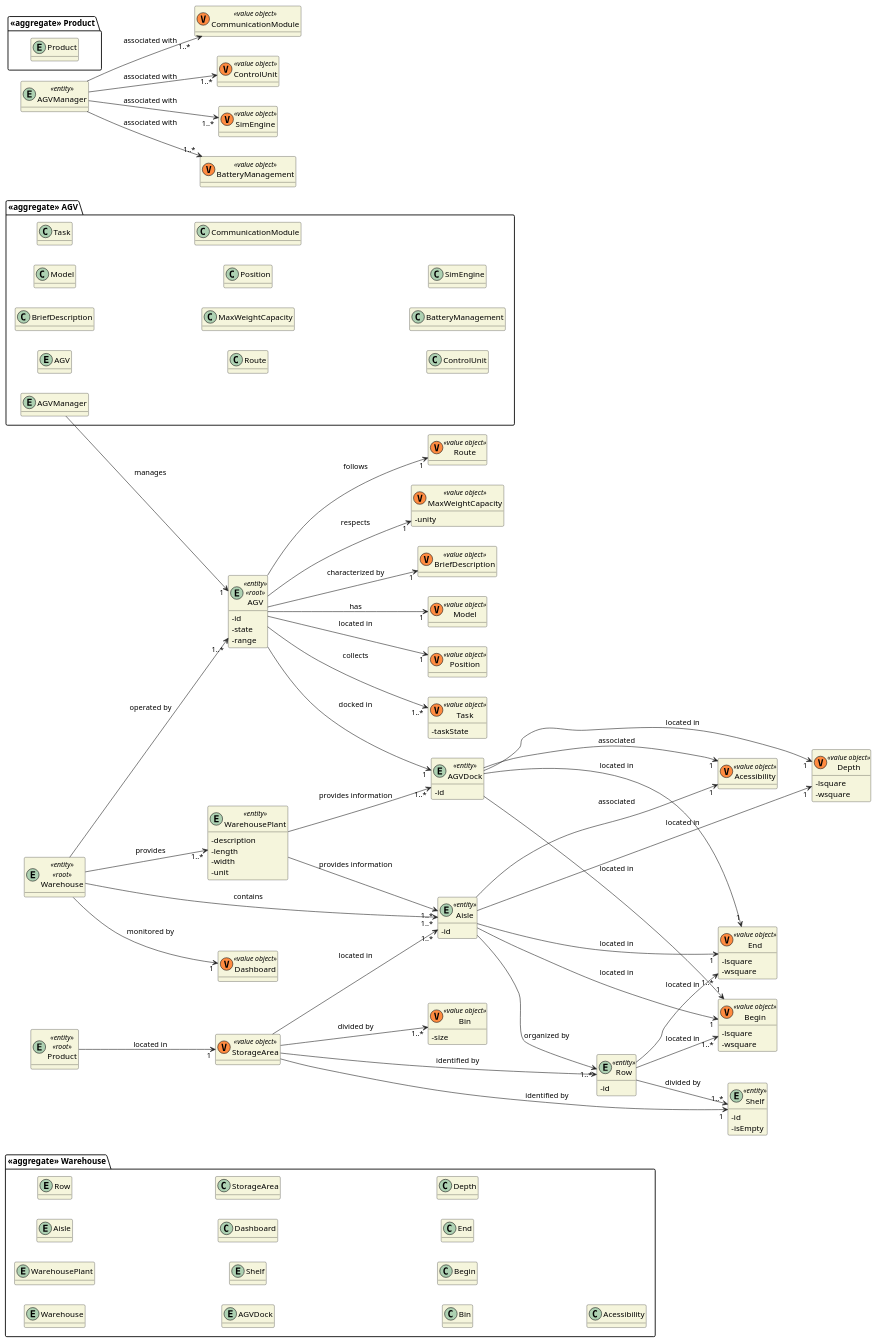
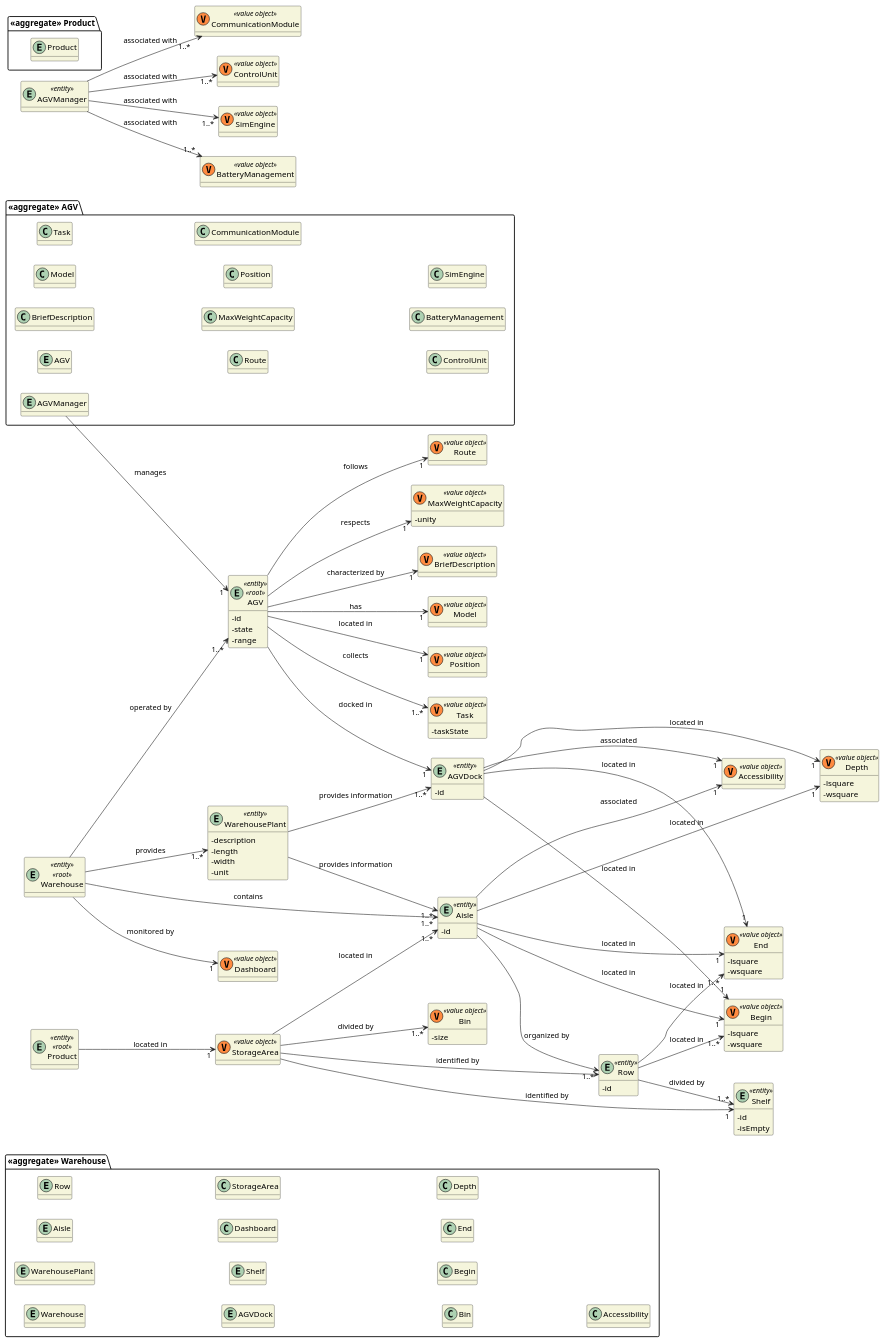
Before and after one commit to 0franciscor/lei21_22_s4_2de_01: the diagram in docs/DM/DM_Warehouse.puml, drawn with PlantUML.

Commit message:
#1 Domain Model - Warehouse

```diff
--- a/docs/DM/DM_Warehouse.puml
+++ b/docs/DM/DM_Warehouse.puml
@@ -1,189 +1,189 @@
 @startuml
 
 hide methods
 left to right direction
 skinparam classAttributeIconSize 0
 skinparam classBackgroundColor beige
 skinparam ArrowColor #222222
 
 package "<<aggregate>> Warehouse" {
     entity Warehouse
     entity WarehousePlant
     entity Aisle
     entity Row
     entity AGVDock
     entity Shelf
     class Dashboard
     class StorageArea
     class Bin
     class Begin
     class End
     class Depth
-    class Acessibility
+    class Accessibility
 }
 
 package "<<aggregate>> AGV" {
     entity AGV
     entity AGVManager
     class BriefDescription
     class Model
     class Task
     class Route
     class MaxWeightCapacity
     class Position
     class CommunicationModule
     class ControlUnit
     class BatteryManagement
     class SimEngine
 }
 
 package "<<aggregate>> Product" {
     entity Product
 }
 
 entity Product <<entity>> <<root>> {}
 
 entity WarehousePlant <<entity>> {
     -description
     -length
     -width
     -unit
 }
 
 entity AGV <<entity>> <<root>> {
     -id
     -state
     -range
 }
 
 entity AGVDock <<entity>> {
     -id
 }
 
 entity Warehouse <<entity>> <<root>> {
 }
 
 class Dashboard <<(V,#FF8B40) value object>>{}
 
 entity Shelf <<entity>>{
     -id
     -isEmpty
 }
 
 class StorageArea <<(V,#FF8B40) value object>>{}
 
 class Bin <<(V,#FF8B40) value object>>{
     -size
 }
 
 entity Aisle <<entity>>{
     -id
 }
 
 class Begin <<(V,#FF8B40) value object>>{
     -lsquare
     -wsquare
 }
 
 class End <<(V,#FF8B40) value object>>{
     -lsquare
     -wsquare
 }
 
 class Depth <<(V,#FF8B40) value object>>{
     -lsquare
     -wsquare
 }
 
-class Acessibility <<(V,#FF8B40) value object>>{}
+class Accessibility <<(V,#FF8B40) value object>>{}
 
 entity Row <<entity>>{
     -id
 }
 
 Product--> "1" StorageArea : located in
 
 Warehouse --> "1..*" Aisle : contains
 
 Warehouse --> "1" Dashboard : monitored by
 
 Warehouse --> "1..*" AGV : operated by
 
 Warehouse --> "1..*" WarehousePlant : provides
 
 WarehousePlant --> "1..*" Aisle : provides information
 
 WarehousePlant --> "1..*" AGVDock : provides information
 
 StorageArea --> "1..*" Aisle : located in
 
 Aisle --> "1..*" Row : organized by
 
 Aisle --> "1" Begin : located in
 Aisle --> "1" End : located in
 Aisle ----> "1" Depth : located in
-Aisle --> "1" Acessibility : associated
+Aisle --> "1" Accessibility : associated
 
 Row --> "1..*" Shelf : divided by
 
 Row --> "1..*" Begin : located in
 
 Row --> "1..*" End : located in
 
 StorageArea --> Row : identified by
 
 StorageArea --> "1" Shelf : identified by
 
 StorageArea --> "1..*" Bin : divided by
 
 AGVDock ---> "1" Begin : located in
 AGVDock ---> "1" End : located in
 AGVDock ---> "1" Depth : located in
-AGVDock ---> "1" Acessibility : associated
+AGVDock ---> "1" Accessibility : associated
 
 AGVManager --> "1" AGV : manages
 
 entity AGV <<entity>> <<root>> {}
 
 entity AGVManager <<entity>>{}
 
 class BriefDescription <<(V,#FF8B40) value object>> {}
 
 class Model <<(V,#FF8B40) value object>> {}
 
 class Position <<(V,#FF8B40) value object>> {}
 
 class Task<<(V,#FF8B40) value object>> {
     -taskState
 }
 
 class Route <<(V,#FF8B40) value object>> {}
 
 class MaxWeightCapacity <<(V,#FF8B40) value object>> {
 -unity
 }
 
 AGV --> "1..*" Task : collects
 AGV --> "1" Route : follows
 AGV --> "1" AGVDock : docked in
 AGV --> "1" Model : has
 AGV --> "1" BriefDescription : characterized by
 AGV --> "1" MaxWeightCapacity : respects
 AGV --> "1" Position : located in
 
 
 class CommunicationModule <<(V,#FF8B40) value object>> {}
 
 class ControlUnit <<(V,#FF8B40) value object>> {}
 
 class SimEngine <<(V,#FF8B40) value object>> {}
 
 class BatteryManagement <<(V,#FF8B40) value object>> {}
 
 
 AGVManager --> "1..*" CommunicationModule : associated with
 AGVManager --> "1..*" ControlUnit : associated with
 AGVManager --> "1..*" SimEngine : associated with
 AGVManager --> "1..*" BatteryManagement : associated with
 
 @enduml
```
